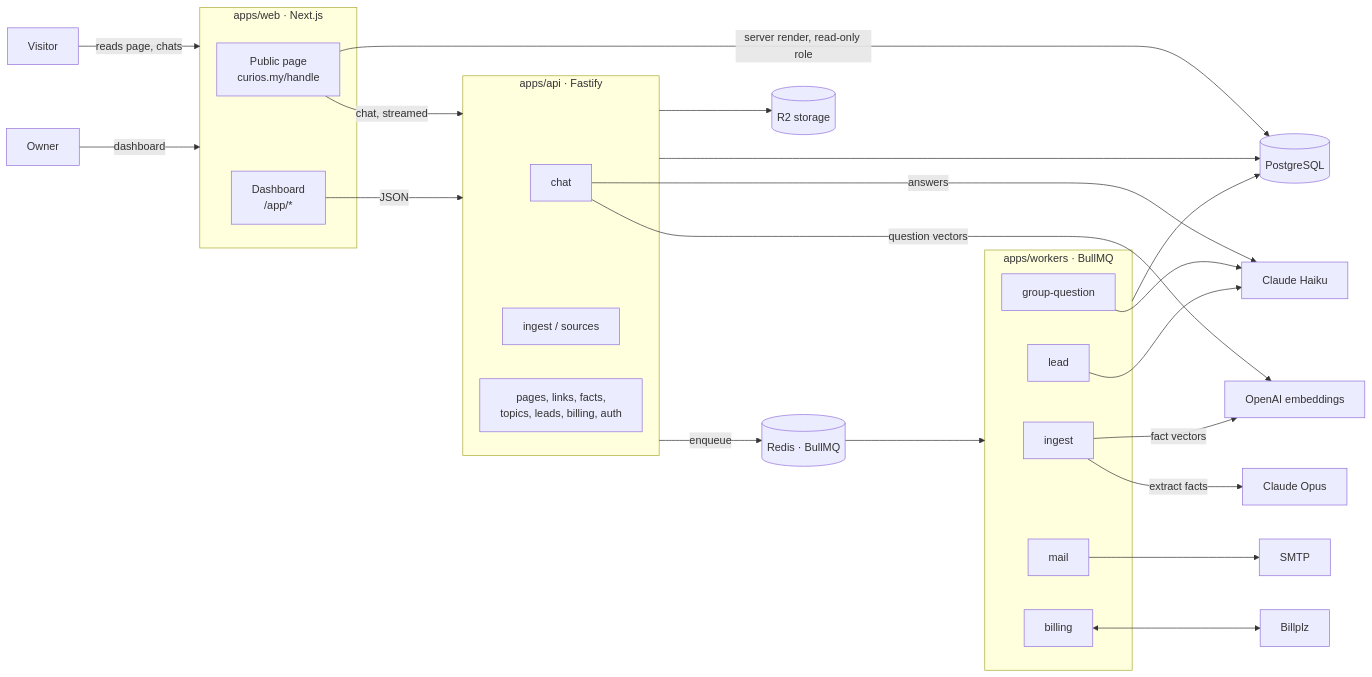
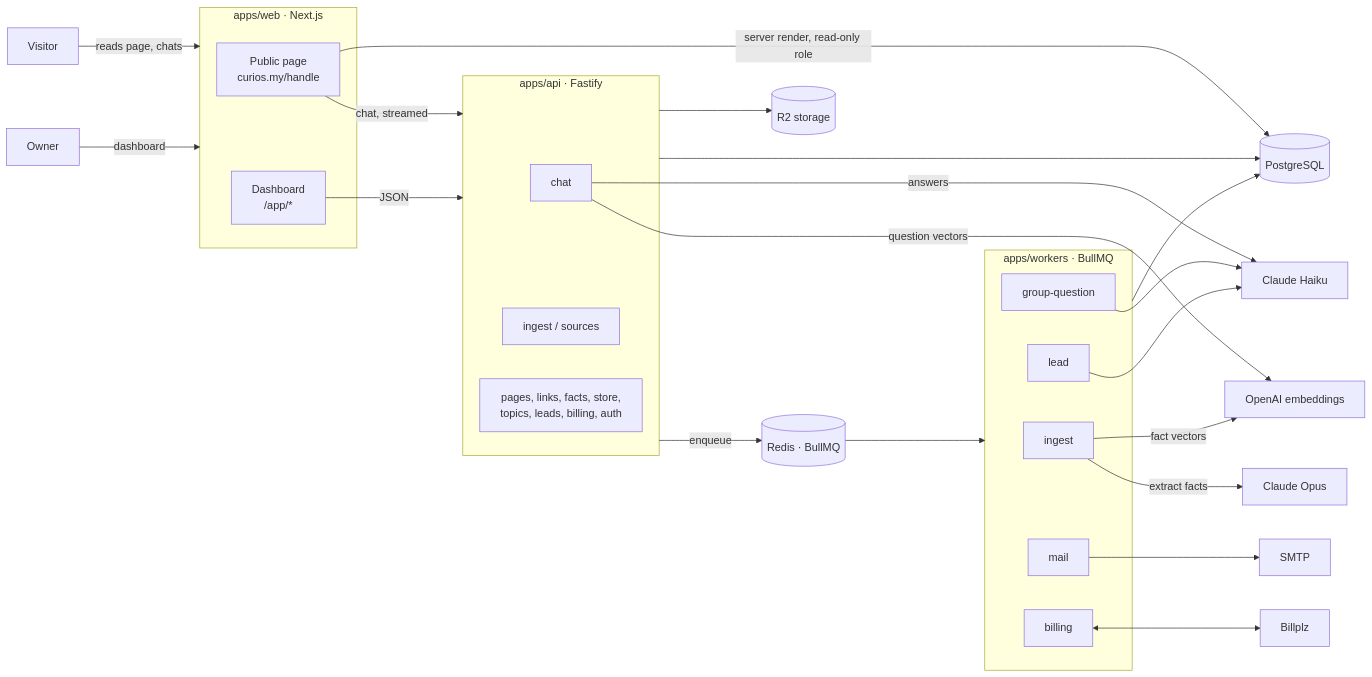
Before and after one commit to ImnMuqri/curios: the first of 3 diagrams in README.md, drawn with Mermaid. The commit also changed other lines of this file and 4 other files, not shown here.

````diff
--- a/README.md
+++ b/README.md
@@ -41,44 +41,44 @@
 ```mermaid
 flowchart LR
     V[Visitor] -->|reads page, chats| WEB
     O[Owner] -->|dashboard| WEB
 
     subgraph WEB [apps/web · Next.js]
       PUB[Public page<br/>curios.my/handle]
       DASH[Dashboard<br/>/app/*]
     end
 
     PUB -->|server render, read-only role| PG[(PostgreSQL)]
     PUB -->|chat, streamed| API
     DASH -->|JSON| API
 
     subgraph API [apps/api · Fastify]
       CHAT[chat]
       ING[ingest / sources]
-      REST[pages, links, facts,<br/>topics, leads, billing, auth]
+      REST[pages, links, facts, store,<br/>topics, leads, billing, auth]
     end
 
     API --> PG
     API -->|enqueue| R[(Redis · BullMQ)]
     CHAT -->|answers| HAIKU[Claude Haiku]
     CHAT -->|question vectors| EMB[OpenAI embeddings]
 
     R --> W
 
     subgraph W [apps/workers · BullMQ]
       WI[ingest]
       WG[group-question]
       WL[lead]
       WM[mail]
       WB[billing]
     end
 
     W --> PG
     WI -->|extract facts| OPUS[Claude Opus]
     WI -->|fact vectors| EMB
     WG --> HAIKU
     WL --> HAIKU
     WM --> SMTP[SMTP]
     WB <--> BILL[Billplz]
     API --> S3[(R2 storage)]
 ```
````
